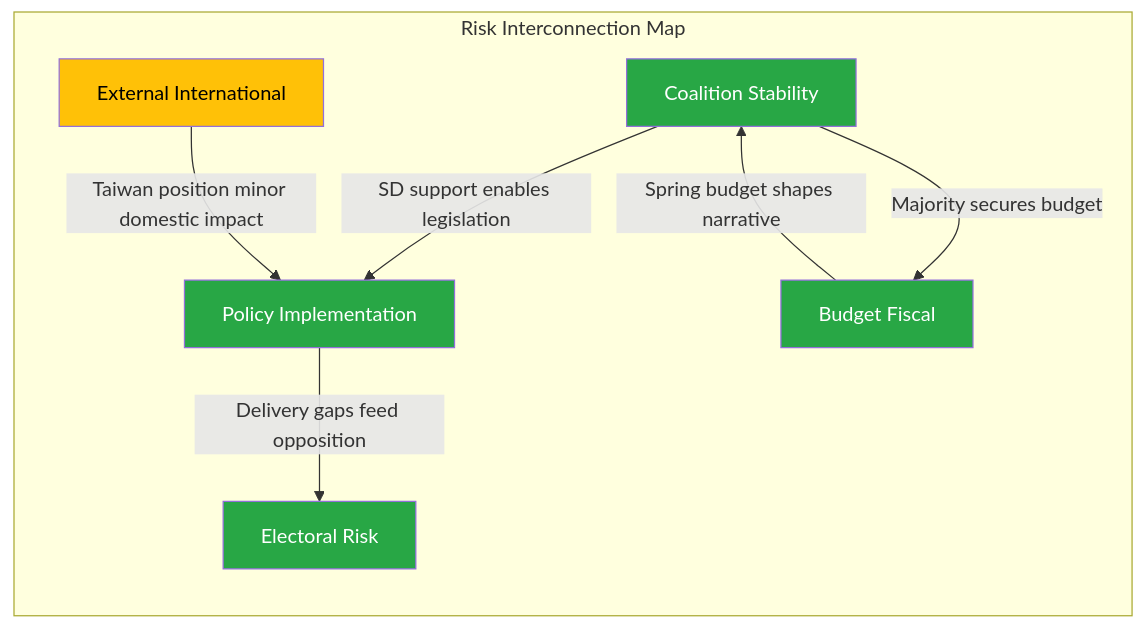
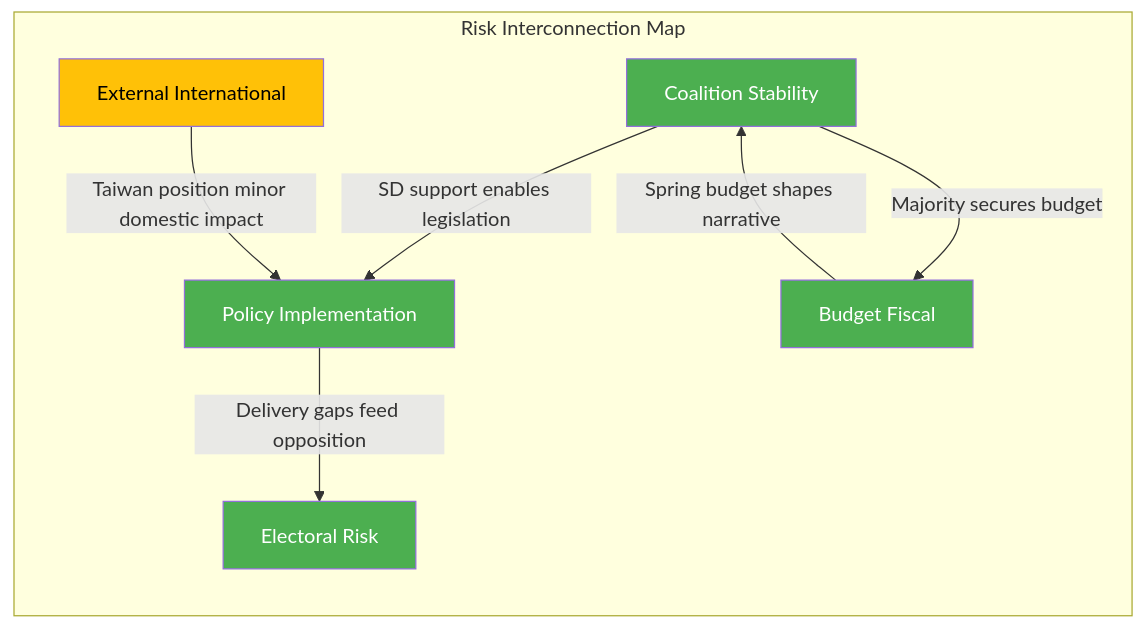
One commit to Hack23/riksdagsmonitor changed the fourth of 4 diagrams in analysis/daily/2026-04-10/realtime-1026/risk-assessment.md. Above: the diagram before and after it, drawn with Mermaid. The commit also changed other lines of this file and 785 other files, not shown here.

First line of the commit message:
Normalize mermaid colors across 786 analysis artifacts to ISMS Style Guide palette

````diff
--- a/analysis/daily/2026-04-10/realtime-1026/risk-assessment.md
+++ b/analysis/daily/2026-04-10/realtime-1026/risk-assessment.md
@@ -242,22 +242,22 @@
 ```mermaid
 graph LR
     subgraph Risk Interconnection Map
         COA[Coalition Stability]
         POL[Policy Implementation]
         BUD[Budget Fiscal]
         ELE[Electoral Risk]
         EXT[External International]
     end
 
     COA -->|SD support enables legislation| POL
     COA -->|Majority secures budget| BUD
     POL -->|Delivery gaps feed opposition| ELE
     BUD -->|Spring budget shapes narrative| COA
     EXT -->|Taiwan position minor domestic impact| POL
 
-    style COA fill:#28a745,color:#fff
-    style POL fill:#28a745,color:#fff
-    style BUD fill:#28a745,color:#fff
-    style ELE fill:#28a745,color:#fff
-    style EXT fill:#ffc107,color:#000
+    style COA fill:#4CAF50,color:#FFFFFF
+    style POL fill:#4CAF50,color:#FFFFFF
+    style BUD fill:#4CAF50,color:#FFFFFF
+    style ELE fill:#4CAF50,color:#FFFFFF
+    style EXT fill:#FFC107,color:#000000
 ```
````
